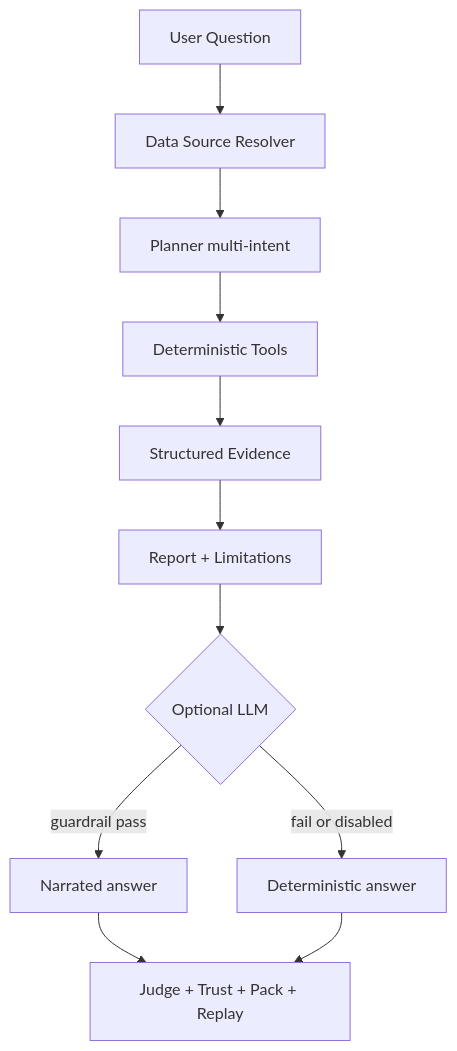
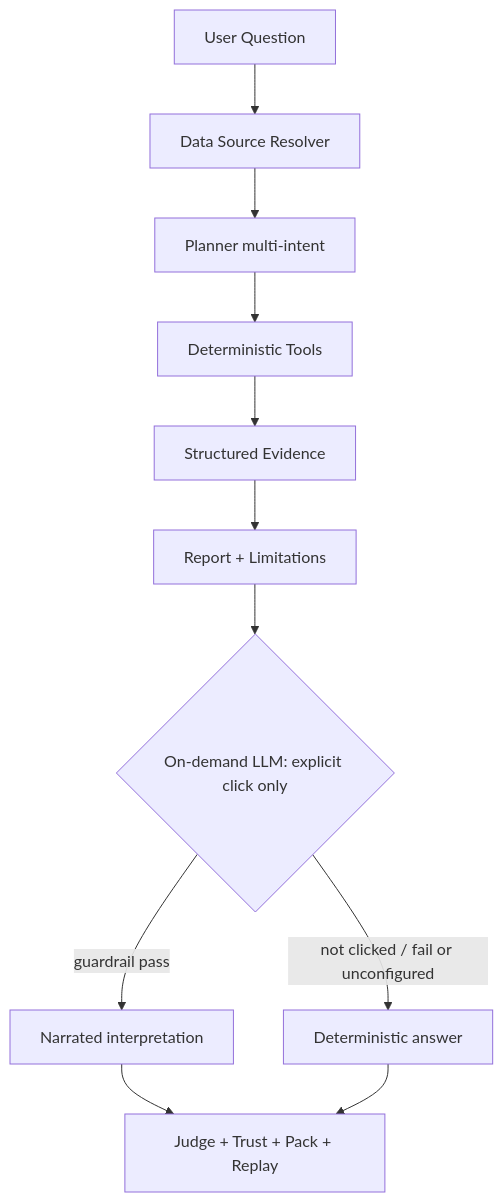
One commit to Phoenix0531-sudo/BondLens changed the diagram in README.md. Above: the diagram before and after it, drawn with Mermaid. The commit also changed other lines of this file and 9 other files, not shown here.

````diff
--- a/README.md
+++ b/README.md
@@ -116,13 +140,13 @@
 ```mermaid
 flowchart TD
     A[User Question] --> B[Data Source Resolver]
     B --> C[Planner multi-intent]
     C --> D[Deterministic Tools]
     D --> E[Structured Evidence]
     E --> F[Report + Limitations]
-    F --> G{Optional LLM}
-    G -->|guardrail pass| H[Narrated answer]
-    G -->|fail or disabled| I[Deterministic answer]
+    F --> G{On-demand LLM: explicit click only}
+    G -->|guardrail pass| H[Narrated interpretation]
+    G -->|not clicked / fail or unconfigured| I[Deterministic answer]
     H --> J[Judge + Trust + Pack + Replay]
     I --> J
 ```
````
